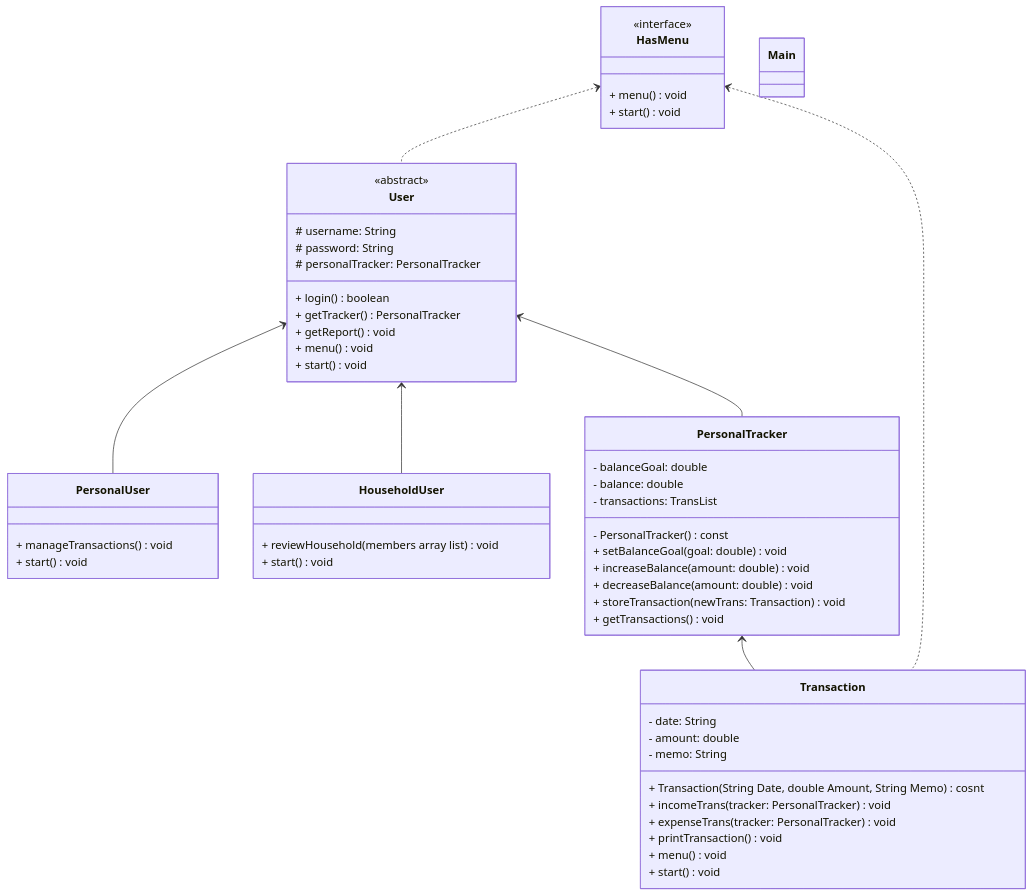
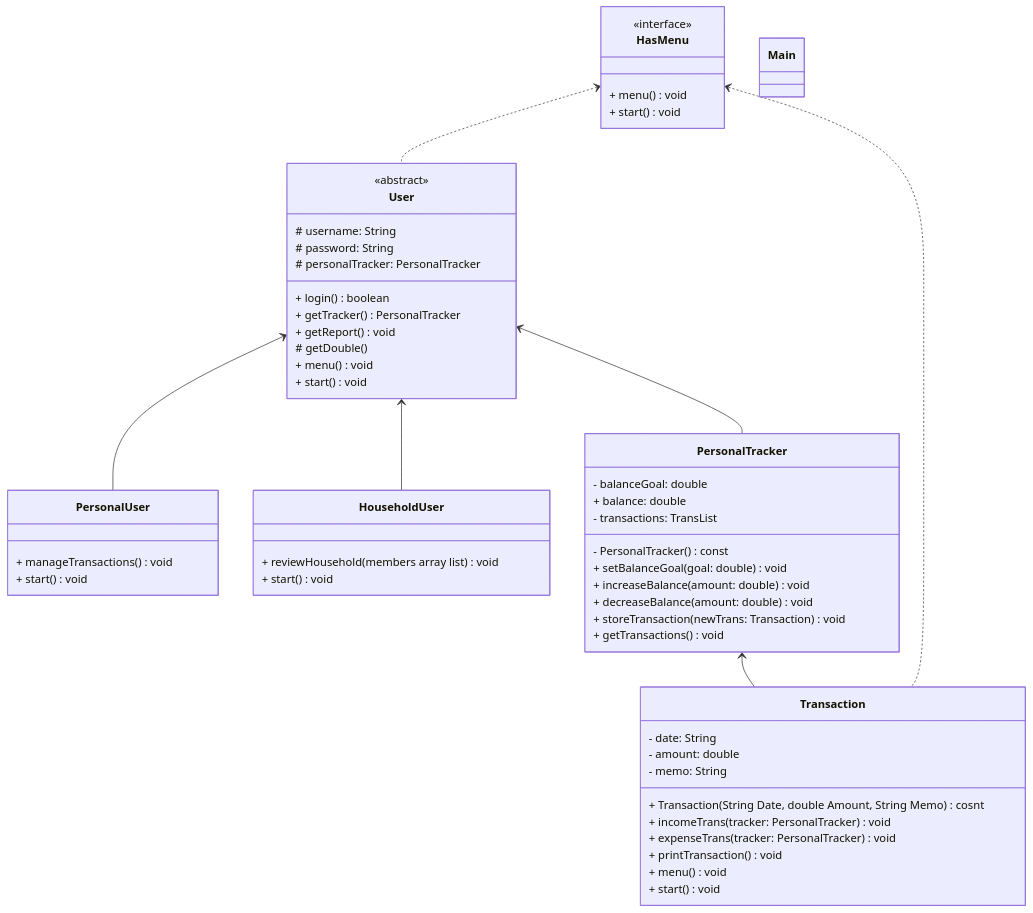
Before and after one commit to avrumhamlincoln/Final-Project: the diagram in readme.md, drawn with Mermaid. The commit also changed other lines of this file and 4 other files, not shown here.

Commit message:
i need a break and i just realized i might have to redo my class diagram again ;(

````diff
--- a/readme.md
+++ b/readme.md
@@ -1,65 +1,66 @@
 ```mermaid
 classDiagram
     class HasMenu {
         <<interface>>
         + menu() void
         + start() void
     }
 
     class Main {
     
     }
 
     class User {
         <<abstract>>
         # username: String
         # password: String
         # personalTracker: PersonalTracker
         + login() boolean
         + getTracker() PersonalTracker
         + getReport() void
+        # getDouble()
         + menu() void
         + start() void
     }
 
     class PersonalUser {
         + manageTransactions() void
         + start() void
     }
 
     class HouseholdUser {
         + reviewHousehold(members array list) void
         + start() void
     }
 
     class PersonalTracker {
         - balanceGoal: double
-        - balance: double
+        + balance: double
         - transactions: TransList
         - PersonalTracker() const
         + setBalanceGoal(goal: double) void
         + increaseBalance(amount: double) void
         + decreaseBalance(amount: double) void
         + storeTransaction(newTrans: Transaction) void
         + getTransactions() void
     }
 
     class Transaction {
         - date: String
         - amount: double
         - memo: String
         + Transaction(String Date, double Amount, String Memo) cosnt
         + incomeTrans(tracker: PersonalTracker) void
         + expenseTrans(tracker: PersonalTracker) void
         + printTransaction() void
         + menu() void
         + start() void
     }
 
     HasMenu <.. User
     HasMenu <.. Transaction
     User <-- PersonalUser
     User <-- HouseholdUser
     User <-- PersonalTracker
     PersonalTracker <-- Transaction
 ```
````
